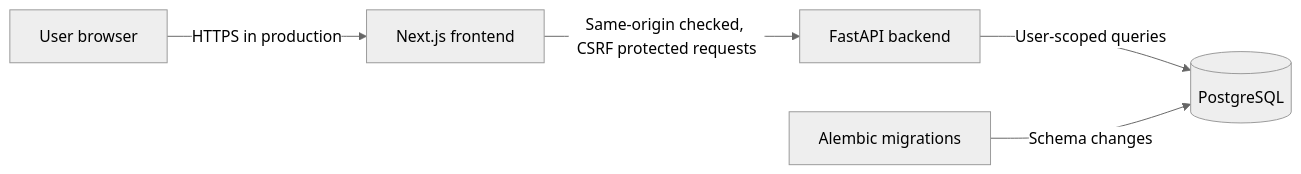
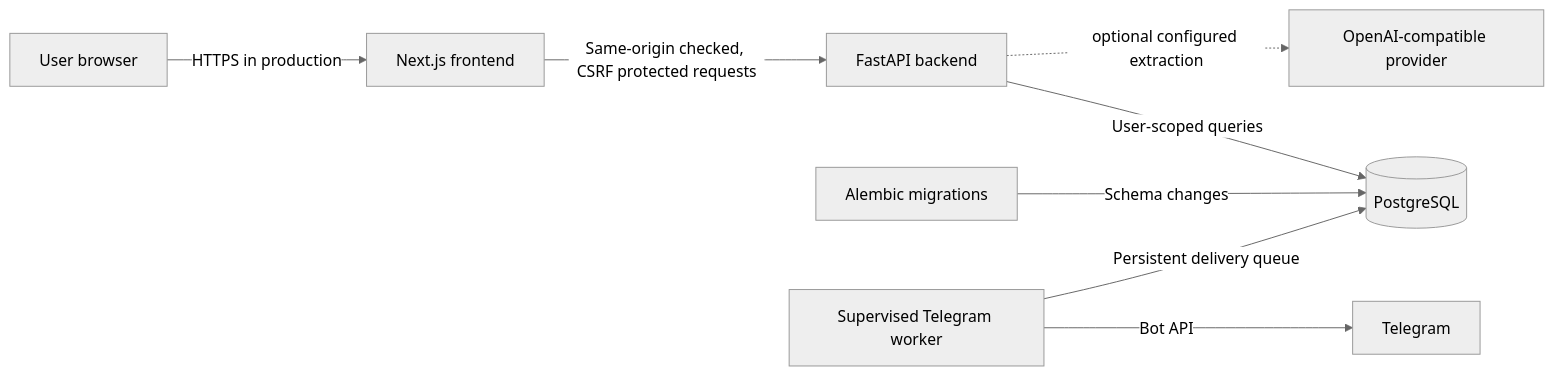
One commit to HL2303/personal_life_os changed the diagram in docs/ARCHITECTURE.md. Above: the diagram before and after it, drawn with Mermaid (neutral theme). The commit also changed other lines of this file and 4 other files, not shown here.

````diff
--- a/docs/ARCHITECTURE.md
+++ b/docs/ARCHITECTURE.md
@@ -10,7 +10,10 @@
 ```mermaid
 flowchart LR
     Browser[User browser] -->|HTTPS in production| Web[Next.js frontend]
     Web -->|Same-origin checked, CSRF protected requests| API[FastAPI backend]
     API -->|User-scoped queries| DB[(PostgreSQL)]
     Migrations[Alembic migrations] -->|Schema changes| DB
+    Worker[Supervised Telegram worker] -->|Persistent delivery queue| DB
+    Worker -->|Bot API| Telegram[Telegram]
+    API -. optional configured extraction .-> AI[OpenAI-compatible provider]
 ```
````
